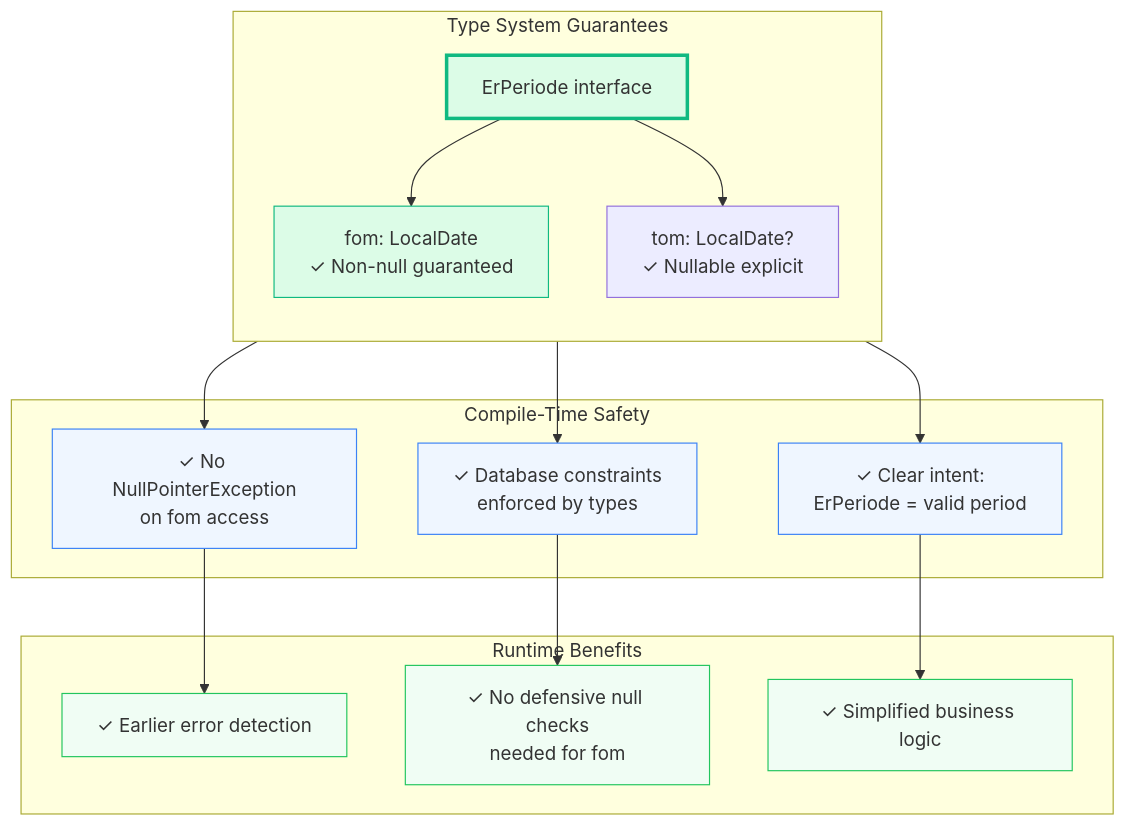
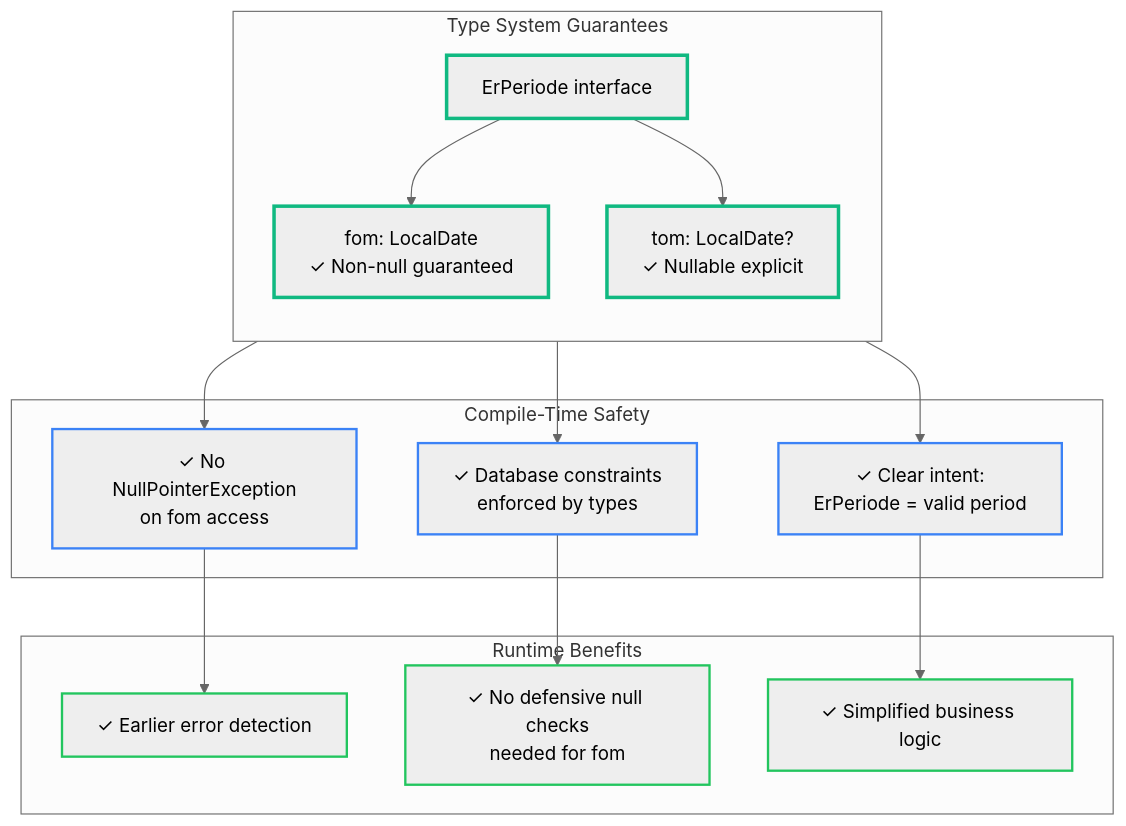
One commit to navikt/melosys-api changed the fifth of 5 diagrams in ErPeriode-Solution.md. Above: the diagram before and after it, drawn with Mermaid. The commit also changed other lines of this file, not shown here.

````diff
--- a/ErPeriode-Solution.md
+++ b/ErPeriode-Solution.md
@@ -238,41 +251,41 @@
 ```mermaid
+%%{init: {'theme':'neutral'}}%%
 graph TB
     subgraph "Type System Guarantees"
         direction TB
         EP[ErPeriode interface]
         FOM[fom: LocalDate<br/>✓ Non-null guaranteed]
         TOM[tom: LocalDate?<br/>✓ Nullable explicit]
 
         EP --> FOM
         EP --> TOM
     end
 
     subgraph "Compile-Time Safety"
         C1[✓ No NullPointerException<br/>on fom access]
         C2[✓ Database constraints<br/>enforced by types]
         C3[✓ Clear intent:<br/>ErPeriode = valid period]
     end
 
     subgraph "Runtime Benefits"
         R1[✓ Earlier error detection]
         R2[✓ No defensive null checks<br/>needed for fom]
         R3[✓ Simplified business logic]
     end
 
     FOM --> C1
     TOM --> C2
     EP --> C3
 
     C1 --> R1
     C2 --> R2
     C3 --> R3
 
-    style EP fill:#dcfce7,stroke:#10b981,stroke-width:3px
-    style FOM fill:#dcfce7,stroke:#10b981
-    style C1 fill:#eff6ff,stroke:#3b82f6
-    style C2 fill:#eff6ff,stroke:#3b82f6
-    style C3 fill:#eff6ff,stroke:#3b82f6
-    style R1 fill:#f0fdf4,stroke:#22c55e
-    style R2 fill:#f0fdf4,stroke:#22c55e
-    style R3 fill:#f0fdf4,stroke:#22c55e
+    classDef typeClass stroke:#10b981,stroke-width:3px
+    classDef compileClass stroke:#3b82f6,stroke-width:2px
+    classDef runtimeClass stroke:#22c55e,stroke-width:2px
+
+    class EP,FOM,TOM typeClass
+    class C1,C2,C3 compileClass
+    class R1,R2,R3 runtimeClass
 ```
````
